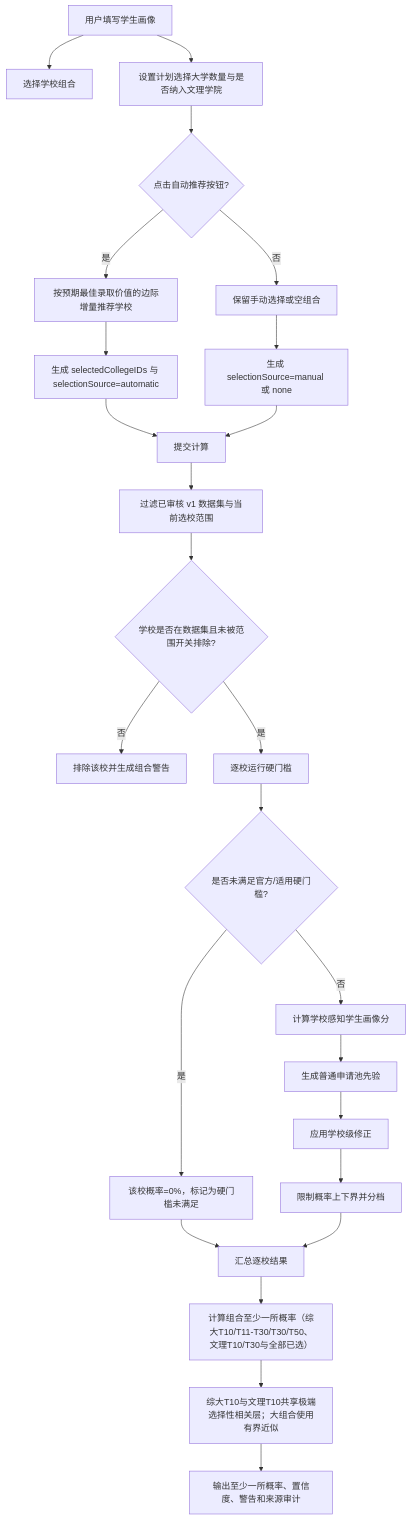
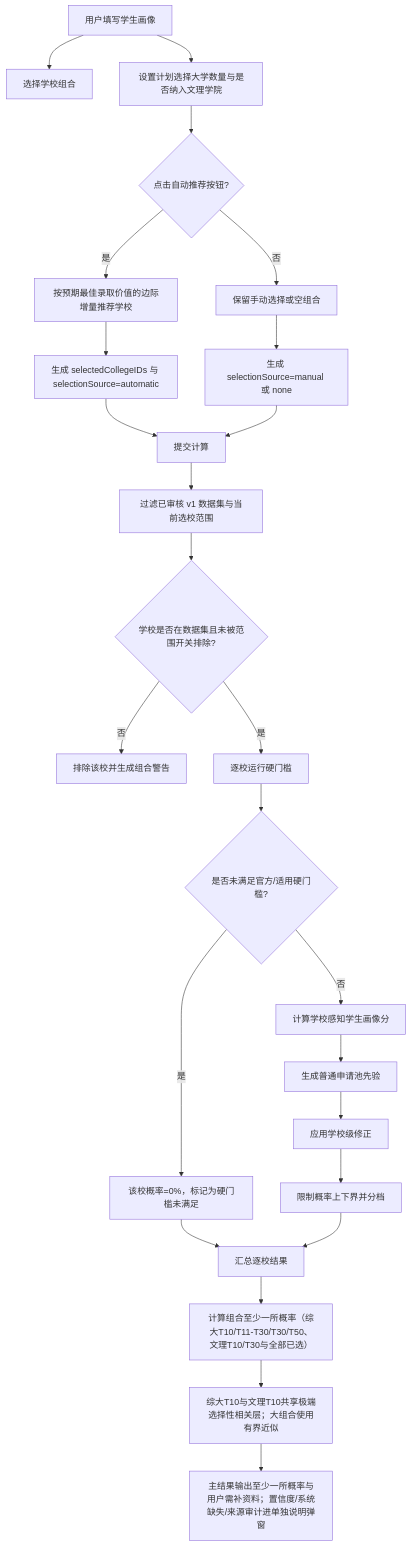
The first of 2 diagrams in docs/calculation-flow.md (qyf9794/Admission-Calculator), drawn with Mermaid before and after one commit. The commit also changed other lines of this file and 17 other files, not shown here.

````diff
--- a/docs/calculation-flow.md
+++ b/docs/calculation-flow.md
@@ -7,27 +7,27 @@
 ```mermaid
 flowchart TD
     A["用户填写学生画像"] --> B["选择学校组合"]
     A --> C["设置计划选择大学数量与是否纳入文理学院"]
     C --> D{"点击自动推荐按钮?"}
     D -- "是" --> E["按预期最佳录取价值的边际增量推荐学校"]
     D -- "否" --> F["保留手动选择或空组合"]
     E --> G["生成 selectedCollegeIDs 与 selectionSource=automatic"]
     F --> H["生成 selectionSource=manual 或 none"]
     G --> I["提交计算"]
     H --> I
     I --> J["过滤已审核 v1 数据集与当前选校范围"]
     J --> K{"学校是否在数据集且未被范围开关排除?"}
     K -- "否" --> L["排除该校并生成组合警告"]
     K -- "是" --> M["逐校运行硬门槛"]
     M --> N{"是否未满足官方/适用硬门槛?"}
     N -- "是" --> O["该校概率=0%，标记为硬门槛未满足"]
     N -- "否" --> P["计算学校感知学生画像分"]
     P --> Q["生成普通申请池先验"]
     Q --> R["应用学校级修正"]
     R --> S["限制概率上下界并分档"]
     O --> T["汇总逐校结果"]
     S --> T
     T --> U["计算组合至少一所概率（综大T10/T11-T30/T30/T50、文理T10/T30与全部已选）"]
     U --> U1["综大T10与文理T10共享极端选择性相关层；大组合使用有界近似"]
-    U1 --> V["输出至少一所概率、置信度、警告和来源审计"]
+    U1 --> V["主结果输出至少一所概率与用户需补资料；置信度/系统缺失/来源审计进单独说明弹窗"]
 ```
````
